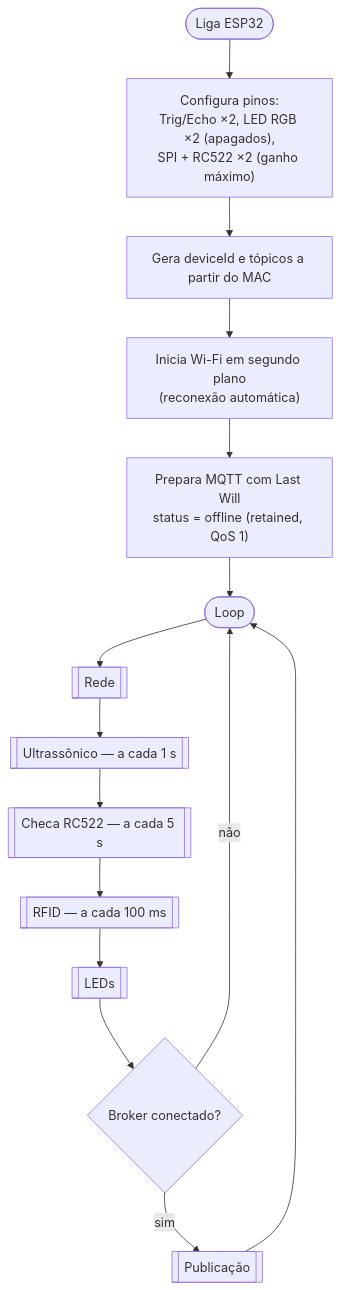
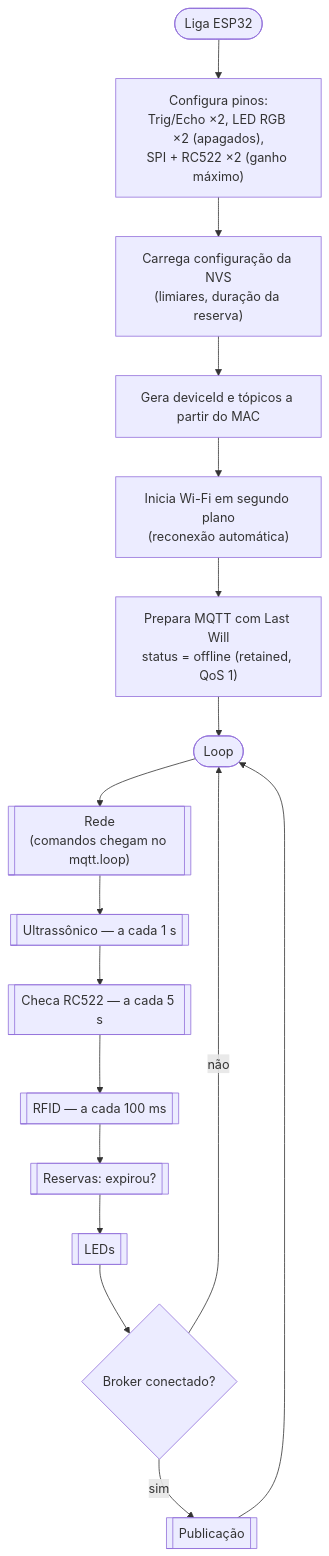
One commit to VynicyusCandido/iotHorangoTango changed the second of 9 diagrams in docs/fluxograma-firmware.md. Above: the diagram before and after it, drawn with Mermaid. The commit also changed other lines of this file and 6 other files, not shown here.

````diff
--- a/docs/fluxograma-firmware.md
+++ b/docs/fluxograma-firmware.md
@@ -62,18 +72,20 @@
 ```mermaid
 flowchart TD
     A([Liga ESP32]) --> B["Configura pinos:<br/>Trig/Echo ×2, LED RGB ×2 (apagados),<br/>SPI + RC522 ×2 (ganho máximo)"]
-    B --> C[Gera deviceId e tópicos a partir do MAC]
+    B --> B1["Carrega configuração da NVS<br/>(limiares, duração da reserva)"]
+    B1 --> C[Gera deviceId e tópicos a partir do MAC]
     C --> D["Inicia Wi-Fi em segundo plano<br/>(reconexão automática)"]
     D --> D1["Prepara MQTT com Last Will<br/>status = offline (retained, QoS 1)"]
     D1 --> L([Loop])
 
-    L --> R[[Rede]]
+    L --> R[["Rede<br/>(comandos chegam no mqtt.loop)"]]
     R --> US[[Ultrassônico — a cada 1 s]]
     US --> CK[[Checa RC522 — a cada 5 s]]
     CK --> RF[[RFID — a cada 100 ms]]
-    RF --> LD[[LEDs]]
+    RF --> RS[[Reservas: expirou?]]
+    RS --> LD[[LEDs]]
     LD --> M{Broker conectado?}
     M -- não --> L
     M -- sim --> P[[Publicação]]
     P --> L
 ```
````
